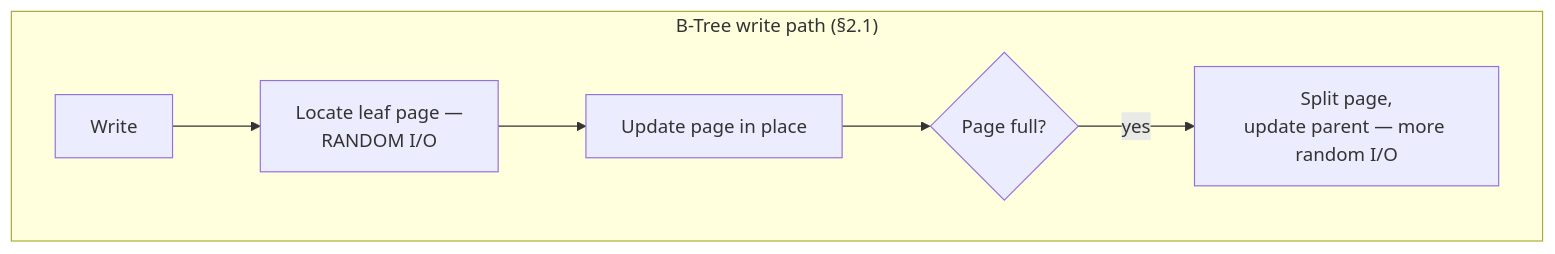
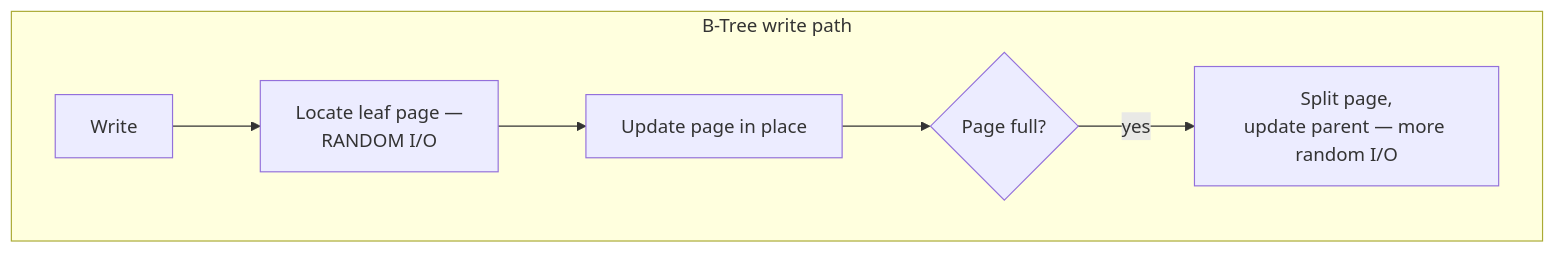
Before and after one commit to umashankarp/InterviewQuestions: the first of 4 diagrams in 16-Distributed-Systems/05-LSM-Trees-BTrees-BloomFilters-StorageEngines.md, drawn with Mermaid. The commit also changed other lines of this file and 173 other files, not shown here.

````diff
--- a/16-Distributed-Systems/05-LSM-Trees-BTrees-BloomFilters-StorageEngines.md
+++ b/16-Distributed-Systems/05-LSM-Trees-BTrees-BloomFilters-StorageEngines.md
@@ -66,9 +66,9 @@
 ```mermaid
 graph TB
-    subgraph "B-Tree write path (§2.1)"
-        W1[Write] --> Locate[Locate leaf page —<br/>RANDOM I/O]
-        Locate --> Update[Update page in place]
-        Update --> Split{Page full?}
-        Split -->|yes| SplitOp[Split page,<br/>update parent — more random I/O]
-    end
+ subgraph "B-Tree write path"
+ W1[Write] --> Locate[Locate leaf page —<br/>RANDOM I/O]
+ Locate --> Update[Update page in place]
+ Update --> Split{Page full?}
+ Split -->|yes| SplitOp[Split page,<br/>update parent — more random I/O]
+ end
 ```
````
